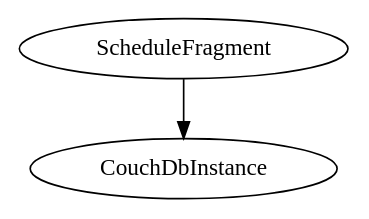
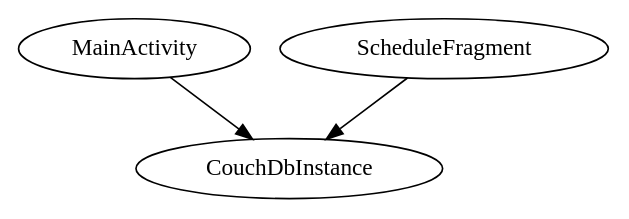
Before and after one commit to VinnieTheGinnie/MADFinalsApp: the diagram in .apt_generated/com/mobileappdevelopersclub/fapp/models/AndroidModule.dot, drawn with Graphviz. The commit also changed 44 other files, not shown here.

```diff
--- a/.apt_generated/com/mobileappdevelopersclub/fapp/models/AndroidModule.dot
+++ b/.apt_generated/com/mobileappdevelopersclub/fapp/models/AndroidModule.dot
@@ -1,4 +1,5 @@
 digraph G1 {
   concentrate = true;
+  MainActivity -> CouchDbInstance;
   ScheduleFragment -> CouchDbInstance;
 }
```
